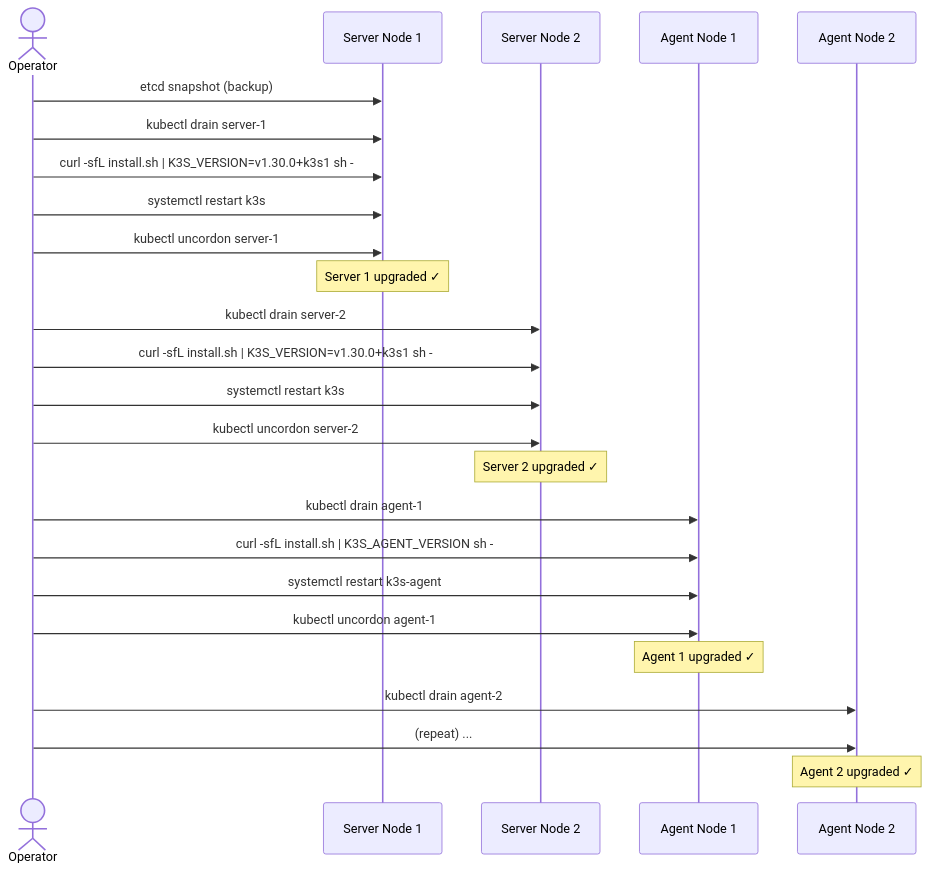
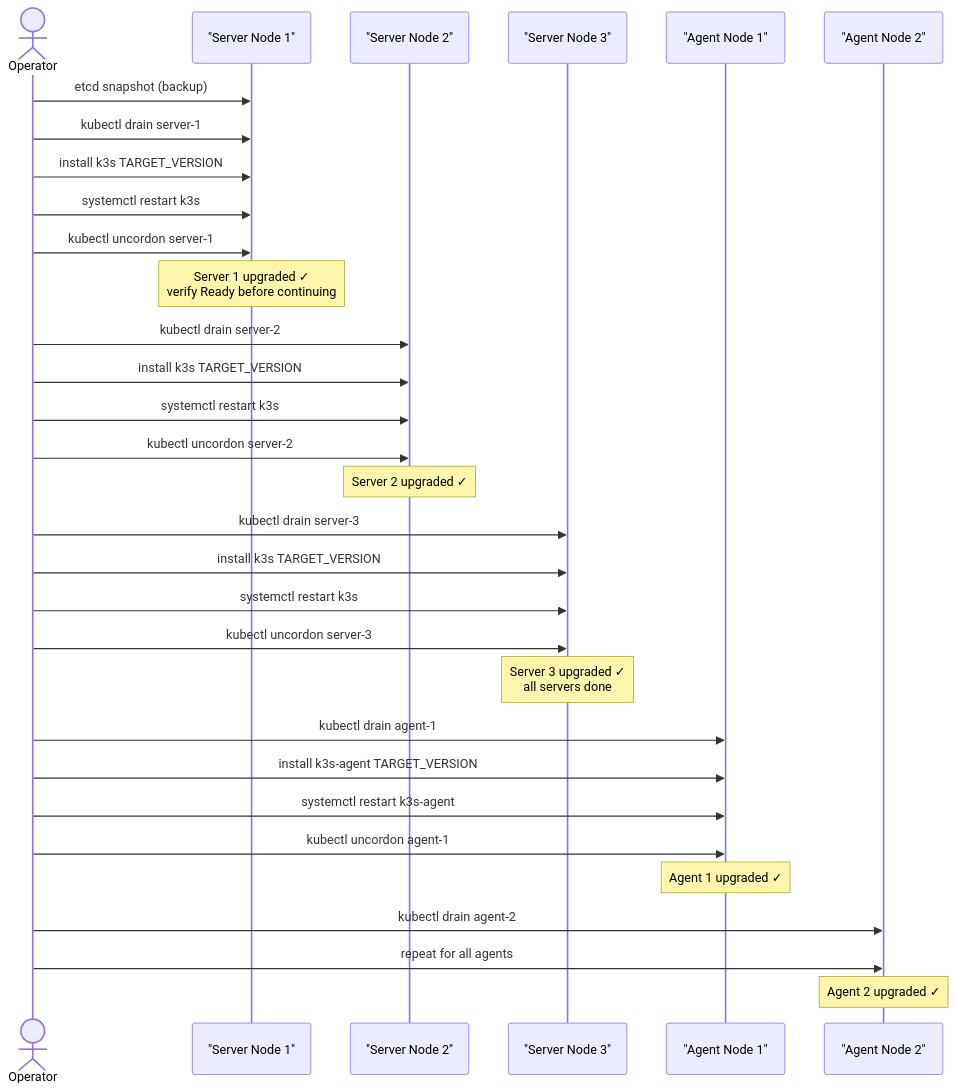
One commit to UncleJS/course_k3s changed the second of 4 diagrams in 14_maintenance/01_upgrading_k3s.md. Above: the diagram before and after it, drawn with Mermaid. The commit also changed other lines of this file and 45 other files, not shown here.

First line of the commit message:
Expand all course lessons: Mermaid diagrams + rich prose across 43 files

````diff
--- a/14_maintenance/01_upgrading_k3s.md
+++ b/14_maintenance/01_upgrading_k3s.md
@@ -69,31 +245,38 @@
 ```mermaid
 sequenceDiagram
     actor Op as Operator
-    participant S1 as Server Node 1
-    participant S2 as Server Node 2
-    participant A1 as Agent Node 1
-    participant A2 as Agent Node 2
+    participant S1 as "Server Node 1"
+    participant S2 as "Server Node 2"
+    participant S3 as "Server Node 3"
+    participant A1 as "Agent Node 1"
+    participant A2 as "Agent Node 2"
 
     Op->>S1: etcd snapshot (backup)
     Op->>S1: kubectl drain server-1
-    Op->>S1: curl -sfL install.sh | K3S_VERSION=v1.30.0+k3s1 sh -
+    Op->>S1: install k3s TARGET_VERSION
     Op->>S1: systemctl restart k3s
     Op->>S1: kubectl uncordon server-1
-    Note over S1: Server 1 upgraded ✓
+    Note over S1: Server 1 upgraded ✓<br/>verify Ready before continuing
 
     Op->>S2: kubectl drain server-2
-    Op->>S2: curl -sfL install.sh | K3S_VERSION=v1.30.0+k3s1 sh -
+    Op->>S2: install k3s TARGET_VERSION
     Op->>S2: systemctl restart k3s
     Op->>S2: kubectl uncordon server-2
     Note over S2: Server 2 upgraded ✓
 
+    Op->>S3: kubectl drain server-3
+    Op->>S3: install k3s TARGET_VERSION
+    Op->>S3: systemctl restart k3s
+    Op->>S3: kubectl uncordon server-3
+    Note over S3: Server 3 upgraded ✓<br/>all servers done
+
     Op->>A1: kubectl drain agent-1
-    Op->>A1: curl -sfL install.sh | K3S_AGENT_VERSION sh -
+    Op->>A1: install k3s-agent TARGET_VERSION
     Op->>A1: systemctl restart k3s-agent
     Op->>A1: kubectl uncordon agent-1
     Note over A1: Agent 1 upgraded ✓
 
     Op->>A2: kubectl drain agent-2
-    Op->>A2: (repeat) ...
+    Op->>A2: repeat for all agents
     Note over A2: Agent 2 upgraded ✓
 ```
````
